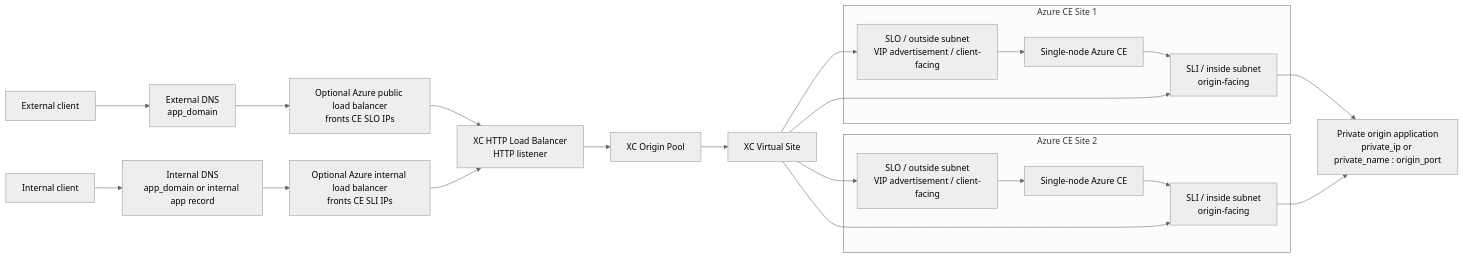
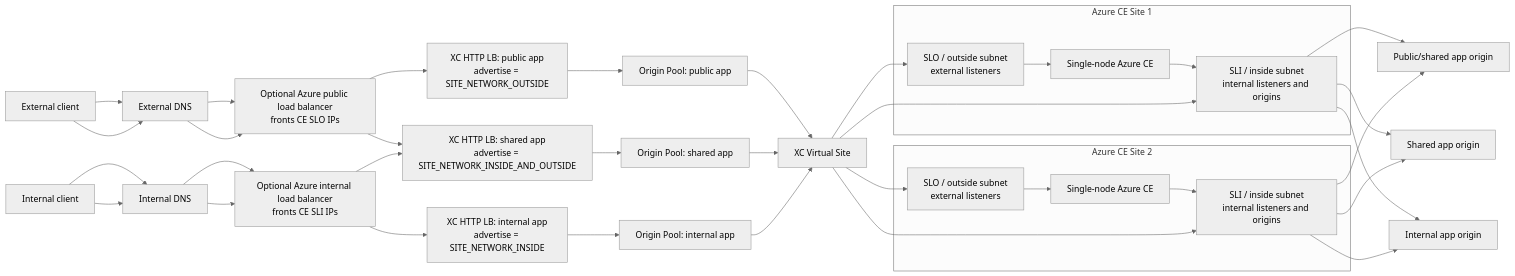
One commit to jackyatesaustin/single-node-virtual-site-two-interface changed the diagram in docs/traffic-flow.md. Above: the diagram before and after it, drawn with Mermaid (neutral theme). The commit also changed other lines of this file and 12 other files, not shown here.

Commit message:
Support per-application HTTP load balancers

````diff
--- a/docs/traffic-flow.md
+++ b/docs/traffic-flow.md
@@ -5,40 +5,55 @@
 ```mermaid
 flowchart LR
   extClient["External client"]
-  extDns["External DNS<br/>app_domain"]
+  extDns["External DNS"]
   intClient["Internal client"]
-  intDns["Internal DNS<br/>app_domain or internal app record"]
+  intDns["Internal DNS"]
   publicLb["Optional Azure public load balancer<br/>fronts CE SLO IPs"]
   internalLb["Optional Azure internal load balancer<br/>fronts CE SLI IPs"]
-  httpLb["XC HTTP Load Balancer<br/>HTTP listener"]
-  originPool["XC Origin Pool"]
+  extApp["XC HTTP LB: public app<br/>advertise = SITE_NETWORK_OUTSIDE"]
+  dualApp["XC HTTP LB: shared app<br/>advertise = SITE_NETWORK_INSIDE_AND_OUTSIDE"]
+  intApp["XC HTTP LB: internal app<br/>advertise = SITE_NETWORK_INSIDE"]
+  extPool["Origin Pool: public app"]
+  dualPool["Origin Pool: shared app"]
+  intPool["Origin Pool: internal app"]
   vsite["XC Virtual Site"]
 
   subgraph site1["Azure CE Site 1"]
-    ce1slo["SLO / outside subnet<br/>VIP advertisement / client-facing"]
+    ce1slo["SLO / outside subnet<br/>external listeners"]
     ce1["Single-node Azure CE"]
-    ce1sli["SLI / inside subnet<br/>origin-facing"]
+    ce1sli["SLI / inside subnet<br/>internal listeners and origins"]
     ce1slo --> ce1 --> ce1sli
   end
 
   subgraph site2["Azure CE Site 2"]
-    ce2slo["SLO / outside subnet<br/>VIP advertisement / client-facing"]
+    ce2slo["SLO / outside subnet<br/>external listeners"]
     ce2["Single-node Azure CE"]
-    ce2sli["SLI / inside subnet<br/>origin-facing"]
+    ce2sli["SLI / inside subnet<br/>internal listeners and origins"]
     ce2slo --> ce2 --> ce2sli
   end
 
-  origin["Private origin application<br/>private_ip or private_name : origin_port"]
+  extOrigin["Public/shared app origin"]
+  dualOrigin["Shared app origin"]
+  intOrigin["Internal app origin"]
 
-  extClient --> extDns --> publicLb --> httpLb
-  intClient --> intDns --> internalLb --> httpLb
-  httpLb --> originPool
-  originPool --> vsite
+  extClient --> extDns --> publicLb --> extApp
+  extClient --> extDns --> publicLb --> dualApp
+  intClient --> intDns --> internalLb --> intApp
+  intClient --> intDns --> internalLb --> dualApp
+
+  extApp --> extPool --> vsite
+  dualApp --> dualPool --> vsite
+  intApp --> intPool --> vsite
 
   vsite --> ce1slo
   vsite --> ce2slo
   vsite --> ce1sli
   vsite --> ce2sli
-  ce1sli --> origin
-  ce2sli --> origin
+
+  ce1sli --> extOrigin
+  ce2sli --> extOrigin
+  ce1sli --> dualOrigin
+  ce2sli --> dualOrigin
+  ce1sli --> intOrigin
+  ce2sli --> intOrigin
 ```
````
